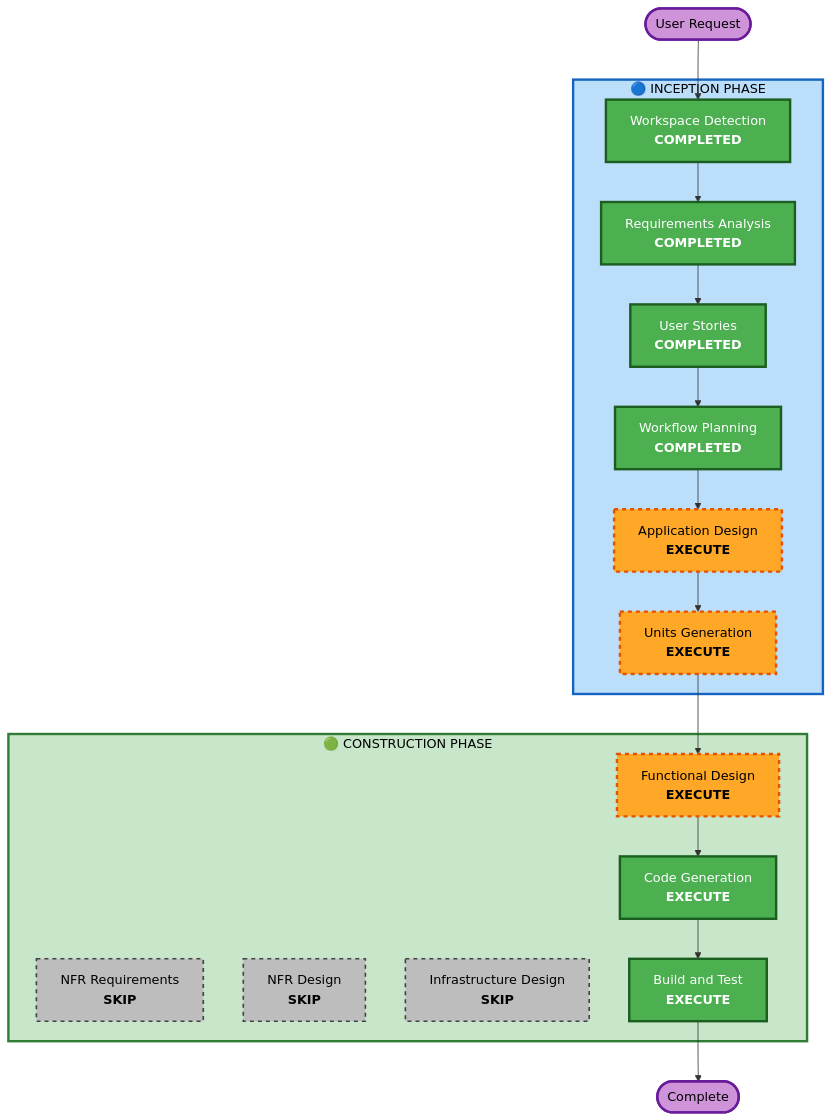
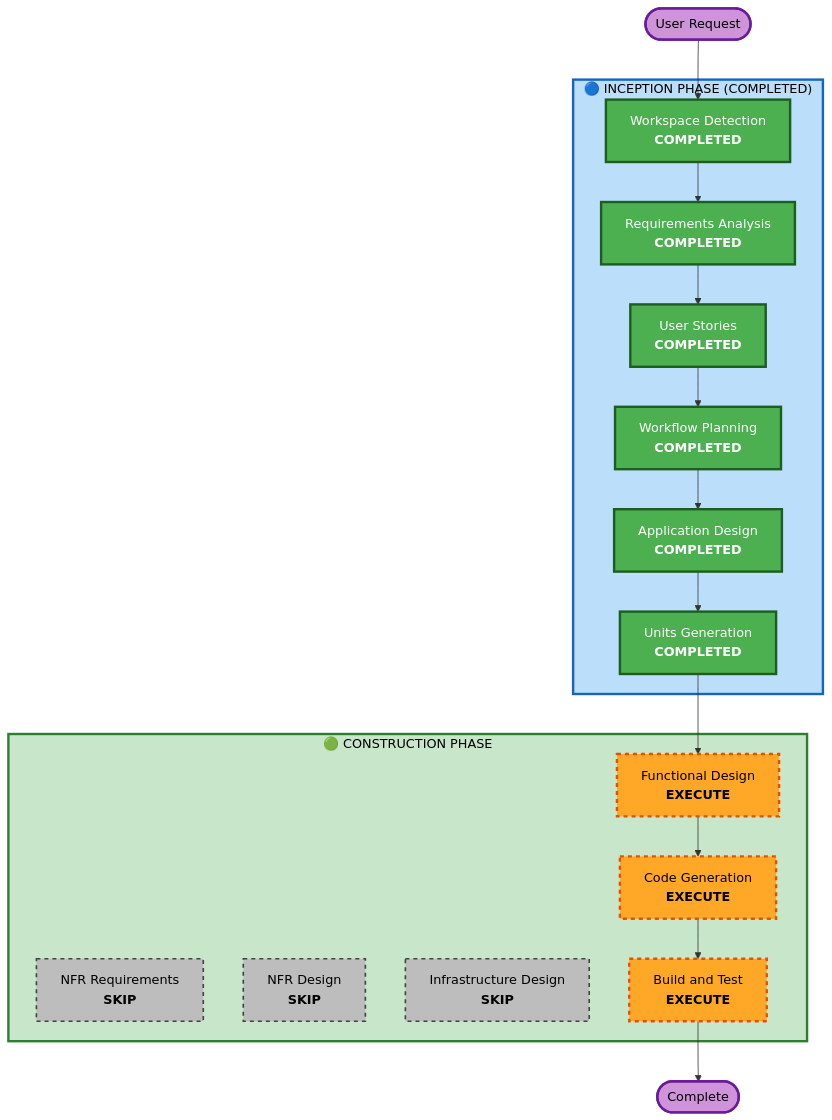
The diagram in aidlc-docs/inception/plans/execution-plan.md (jygj65536/aws-ai-dlc-260515), drawn with Mermaid before and after one commit. The commit also changed other lines of this file and 1 other file, not shown here.

````diff
--- a/aidlc-docs/inception/plans/execution-plan.md
+++ b/aidlc-docs/inception/plans/execution-plan.md
@@ -21,50 +21,50 @@
 ```mermaid
 flowchart TD
     Start(["User Request"])
     
-    subgraph INCEPTION["🔵 INCEPTION PHASE"]
+    subgraph INCEPTION["🔵 INCEPTION PHASE (COMPLETED)"]
         WD["Workspace Detection<br/><b>COMPLETED</b>"]
         RA["Requirements Analysis<br/><b>COMPLETED</b>"]
         US["User Stories<br/><b>COMPLETED</b>"]
         WP["Workflow Planning<br/><b>COMPLETED</b>"]
-        AD["Application Design<br/><b>EXECUTE</b>"]
-        UG["Units Generation<br/><b>EXECUTE</b>"]
+        AD["Application Design<br/><b>COMPLETED</b>"]
+        UG["Units Generation<br/><b>COMPLETED</b>"]
     end
     
     subgraph CONSTRUCTION["🟢 CONSTRUCTION PHASE"]
         FD["Functional Design<br/><b>EXECUTE</b>"]
         NFRA["NFR Requirements<br/><b>SKIP</b>"]
         NFRD["NFR Design<br/><b>SKIP</b>"]
         ID["Infrastructure Design<br/><b>SKIP</b>"]
         CG["Code Generation<br/><b>EXECUTE</b>"]
         BT["Build and Test<br/><b>EXECUTE</b>"]
     end
     
     Start --> WD
     WD --> RA
     RA --> US
     US --> WP
     WP --> AD
     AD --> UG
     UG --> FD
     FD --> CG
     CG --> BT
     BT --> End(["Complete"])
 
     style WD fill:#4CAF50,stroke:#1B5E20,stroke-width:3px,color:#fff
     style RA fill:#4CAF50,stroke:#1B5E20,stroke-width:3px,color:#fff
     style US fill:#4CAF50,stroke:#1B5E20,stroke-width:3px,color:#fff
     style WP fill:#4CAF50,stroke:#1B5E20,stroke-width:3px,color:#fff
-    style AD fill:#FFA726,stroke:#E65100,stroke-width:3px,stroke-dasharray: 5 5,color:#000
-    style UG fill:#FFA726,stroke:#E65100,stroke-width:3px,stroke-dasharray: 5 5,color:#000
+    style AD fill:#4CAF50,stroke:#1B5E20,stroke-width:3px,color:#fff
+    style UG fill:#4CAF50,stroke:#1B5E20,stroke-width:3px,color:#fff
     style FD fill:#FFA726,stroke:#E65100,stroke-width:3px,stroke-dasharray: 5 5,color:#000
     style NFRA fill:#BDBDBD,stroke:#424242,stroke-width:2px,stroke-dasharray: 5 5,color:#000
     style NFRD fill:#BDBDBD,stroke:#424242,stroke-width:2px,stroke-dasharray: 5 5,color:#000
     style ID fill:#BDBDBD,stroke:#424242,stroke-width:2px,stroke-dasharray: 5 5,color:#000
-    style CG fill:#4CAF50,stroke:#1B5E20,stroke-width:3px,color:#fff
-    style BT fill:#4CAF50,stroke:#1B5E20,stroke-width:3px,color:#fff
+    style CG fill:#FFA726,stroke:#E65100,stroke-width:3px,stroke-dasharray: 5 5,color:#000
+    style BT fill:#FFA726,stroke:#E65100,stroke-width:3px,stroke-dasharray: 5 5,color:#000
     style Start fill:#CE93D8,stroke:#6A1B9A,stroke-width:3px,color:#000
     style End fill:#CE93D8,stroke:#6A1B9A,stroke-width:3px,color:#000
     style INCEPTION fill:#BBDEFB,stroke:#1565C0,stroke-width:3px,color:#000
     style CONSTRUCTION fill:#C8E6C9,stroke:#2E7D32,stroke-width:3px,color:#000
 ```
````
